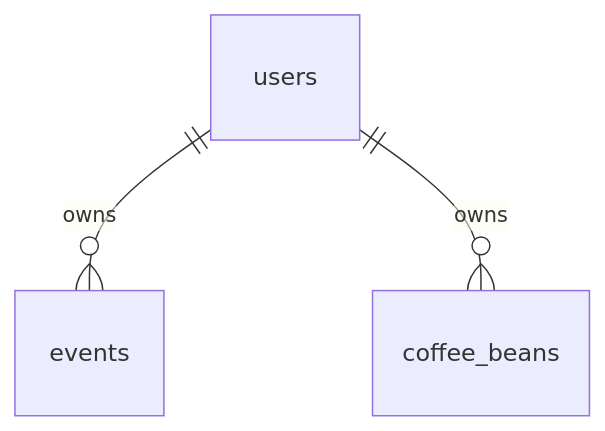
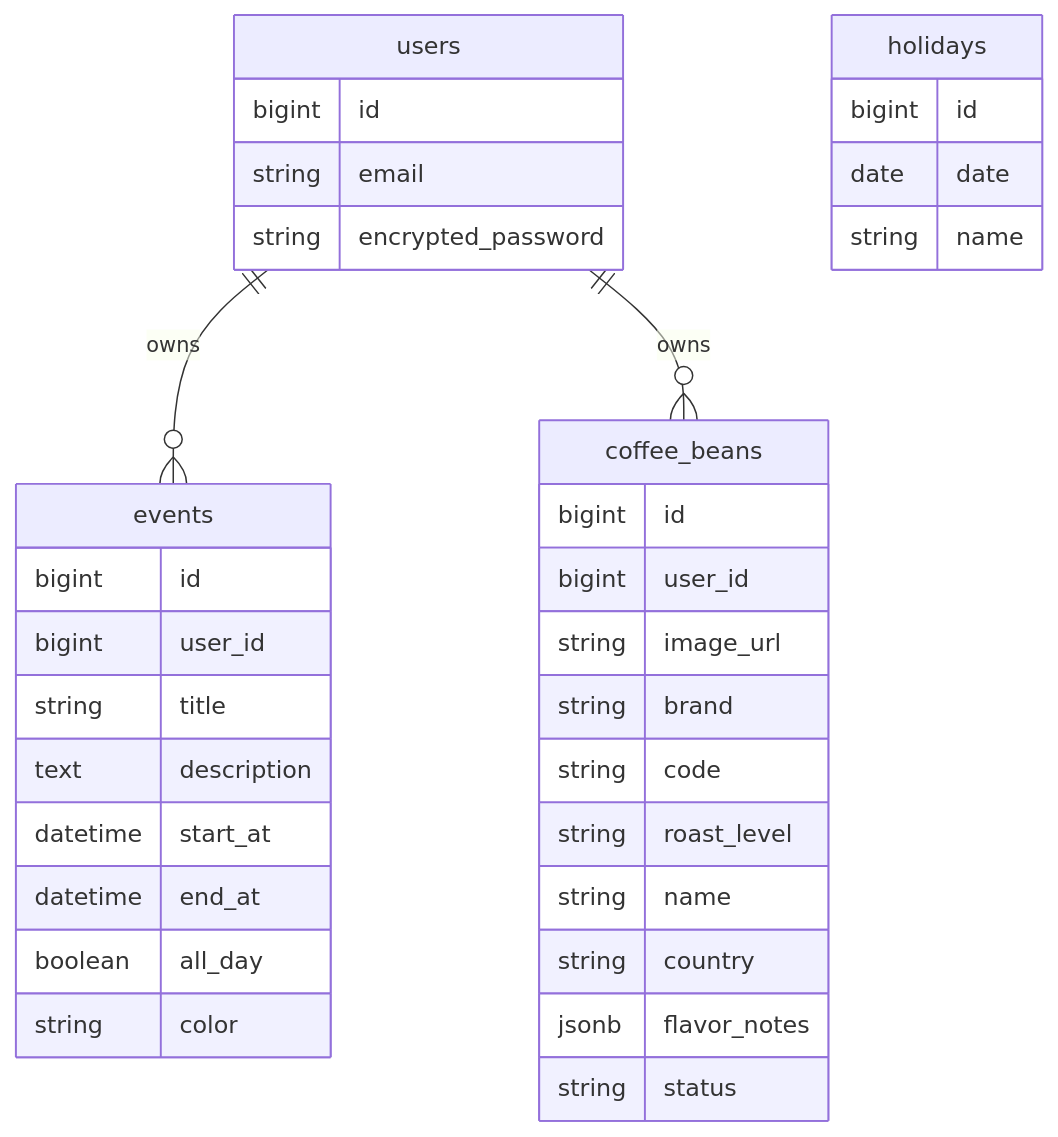
One commit to yuzz87/daily-App-ios-vercel changed the second of 2 diagrams in README.md. Above: the diagram before and after it, drawn with Mermaid. The commit also changed other lines of this file, not shown here.

````diff
--- a/README.md
+++ b/README.md
@@ -214,5 +197,41 @@
 ```mermaid
 erDiagram
     users ||--o{ events : owns
     users ||--o{ coffee_beans : owns
+
+    users {
+      bigint id
+      string email
+      string encrypted_password
+    }
+
+    events {
+      bigint id
+      bigint user_id
+      string title
+      text description
+      datetime start_at
+      datetime end_at
+      boolean all_day
+      string color
+    }
+
+    holidays {
+      bigint id
+      date date
+      string name
+    }
+
+    coffee_beans {
+      bigint id
+      bigint user_id
+      string image_url
+      string brand
+      string code
+      string roast_level
+      string name
+      string country
+      jsonb flavor_notes
+      string status
+    }
 ```
````
